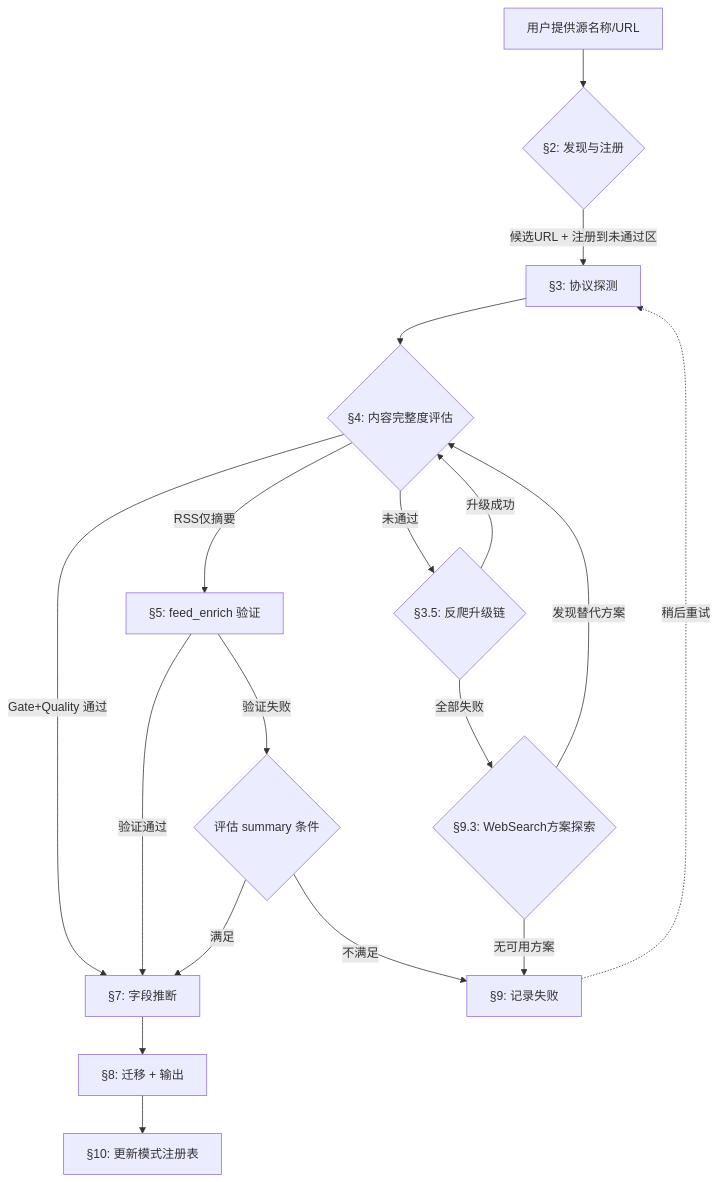
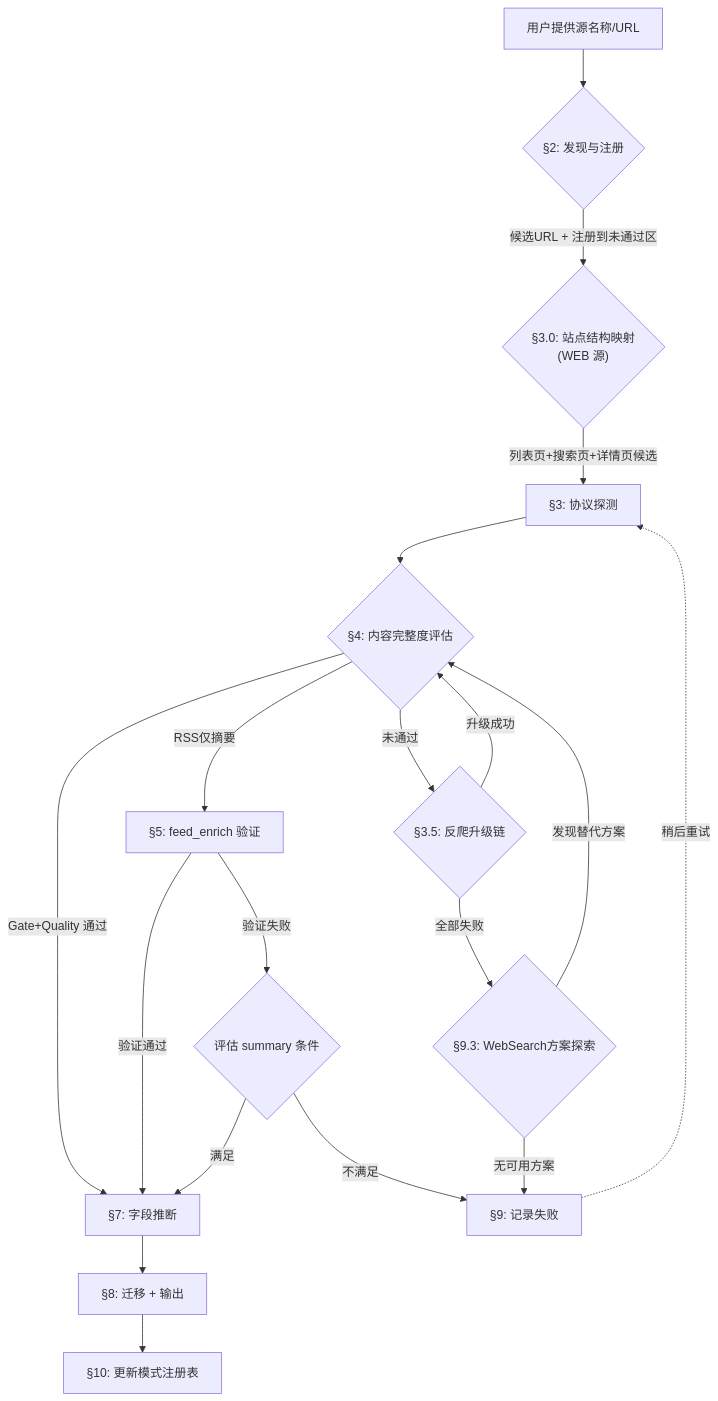
The diagram in feed-source-onboarding/SKILL.md (banks171/AIskills), drawn with Mermaid before and after one commit. The commit also changed other lines of this file and 4 other files, not shown here.

````diff
--- a/feed-source-onboarding/SKILL.md
+++ b/feed-source-onboarding/SKILL.md
@@ -13,20 +13,21 @@
 ```mermaid
 flowchart TD
     A["用户提供源名称/URL"] --> B{"§2: 发现与注册"}
-    B -->|候选URL + 注册到未通过区| C["§3: 协议探测"]
+    B -->|候选URL + 注册到未通过区| C0{"§3.0: 站点结构映射\n(WEB 源)"}
+    C0 -->|列表页+搜索页+详情页候选| C["§3: 协议探测"]
     C --> D{"§4: 内容完整度评估"}
     D -->|Gate+Quality 通过| E["§7: 字段推断"]
     D -->|RSS仅摘要| F["§5: feed_enrich 验证"]
     F -->|验证通过| E
     F -->|验证失败| D2{评估 summary 条件}
     D2 -->|满足| E
     D2 -->|不满足| I
     E --> G["§8: 迁移 + 输出"]
     D -->|未通过| H{"§3.5: 反爬升级链"}
     H -->|升级成功| D
     H -->|全部失败| H2{"§9.3: WebSearch方案探索"}
     H2 -->|发现替代方案| D
     H2 -->|无可用方案| I["§9: 记录失败"]
     G --> J["§10: 更新模式注册表"]
     I -.->|"稍后重试"| C
 ```
````
